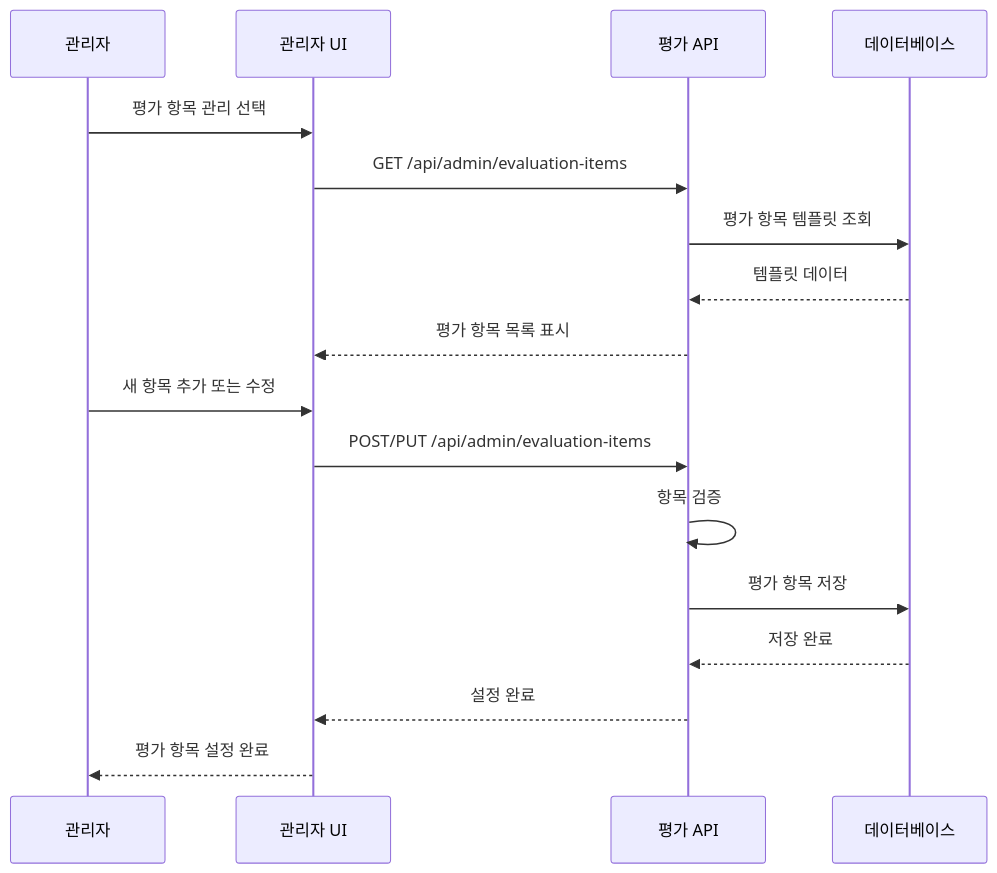
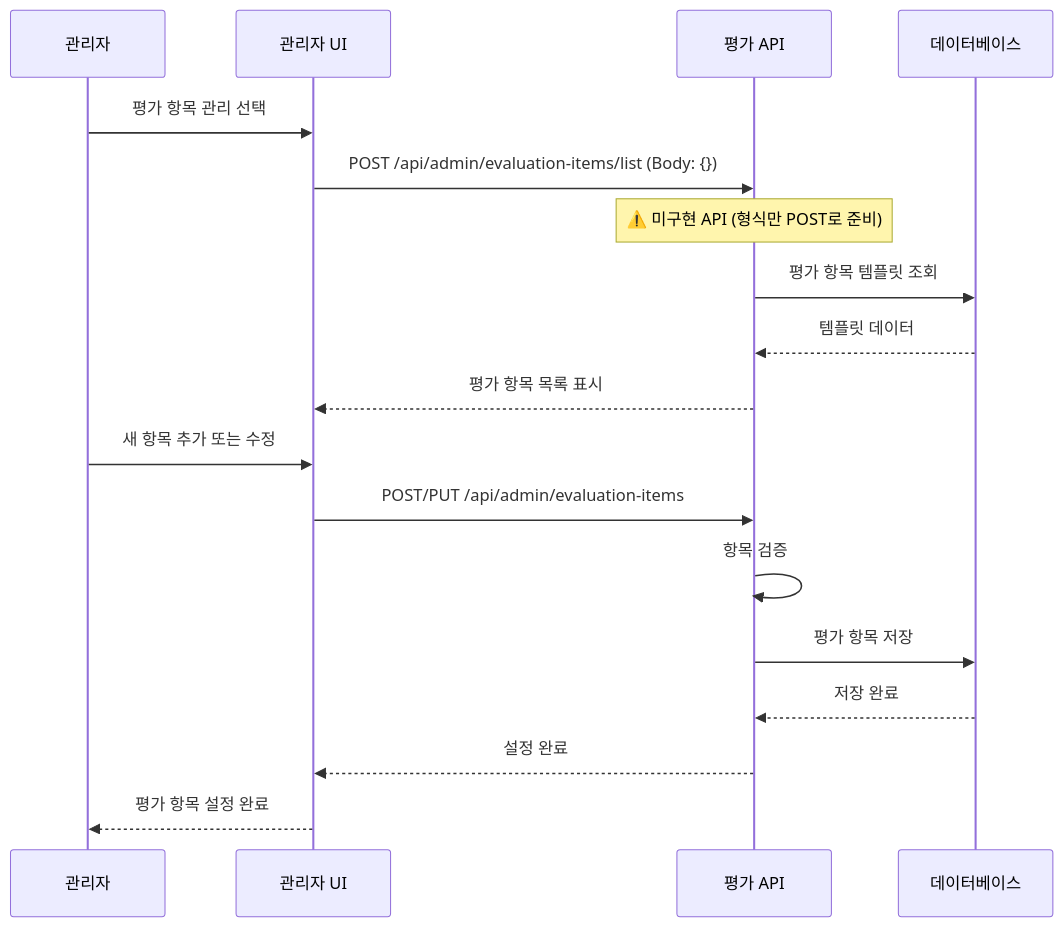
The fifth of 8 diagrams in backend/BlueCrab/docs/강의관련기능/04-관리자플로우.md (hooting76/blue-crab-lms), drawn with Mermaid before and after one commit. The commit also changed other lines of this file and 19 other files, not shown here.

````diff
--- a/backend/BlueCrab/docs/강의관련기능/04-관리자플로우.md
+++ b/backend/BlueCrab/docs/강의관련기능/04-관리자플로우.md
@@ -242,22 +246,23 @@
 ```mermaid
 sequenceDiagram
     participant Admin as 관리자
     participant UI as 관리자 UI
     participant API as 평가 API
     participant DB as 데이터베이스
 
     Admin->>UI: 평가 항목 관리 선택
-    UI->>API: GET /api/admin/evaluation-items
+    UI->>API: POST /api/admin/evaluation-items/list (Body: {})
+    Note over API: ⚠️ 미구현 API (형식만 POST로 준비)
     API->>DB: 평가 항목 템플릿 조회
     DB-->>API: 템플릿 데이터
     API-->>UI: 평가 항목 목록 표시
 
     Admin->>UI: 새 항목 추가 또는 수정
     UI->>API: POST/PUT /api/admin/evaluation-items
     API->>API: 항목 검증
     API->>DB: 평가 항목 저장
     DB-->>API: 저장 완료
 
     API-->>UI: 설정 완료
     UI-->>Admin: 평가 항목 설정 완료
 ```
````
